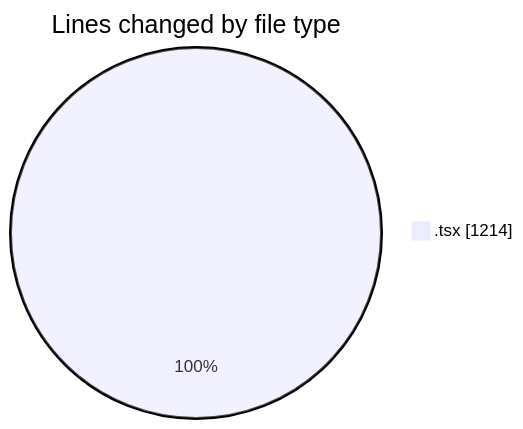
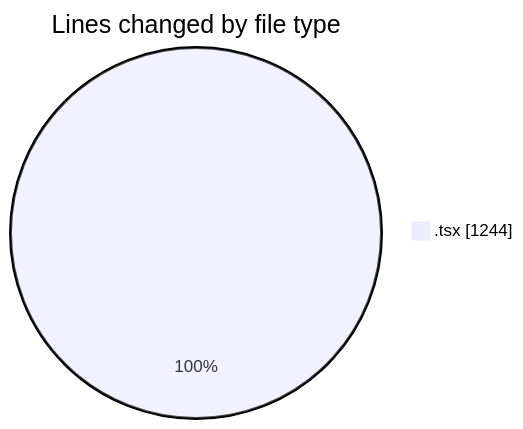
Before and after one commit to Ritupan-Deka/code-tracking: the first of 2 diagrams in 2025-10-20/scopecraft/README.md, drawn with Mermaid. The commit also changed other lines of this file and 1 other file, not shown here.

````diff
--- a/2025-10-20/scopecraft/README.md
+++ b/2025-10-20/scopecraft/README.md
@@ -30,5 +30,5 @@
 ```mermaid
 pie showData
 title Lines changed by file type
-".tsx" : 1214
+".tsx" : 1244
 ```
````
